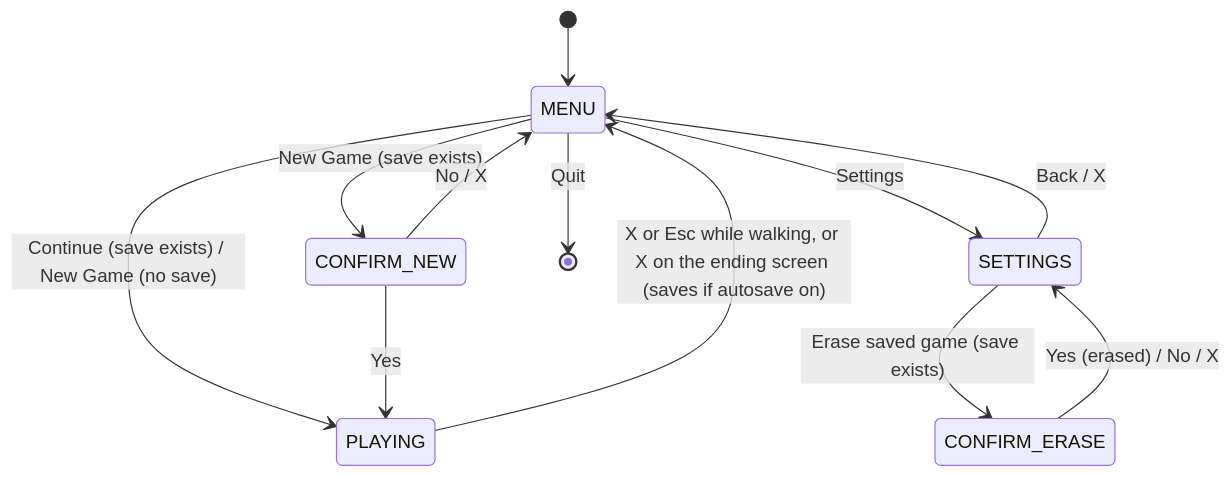
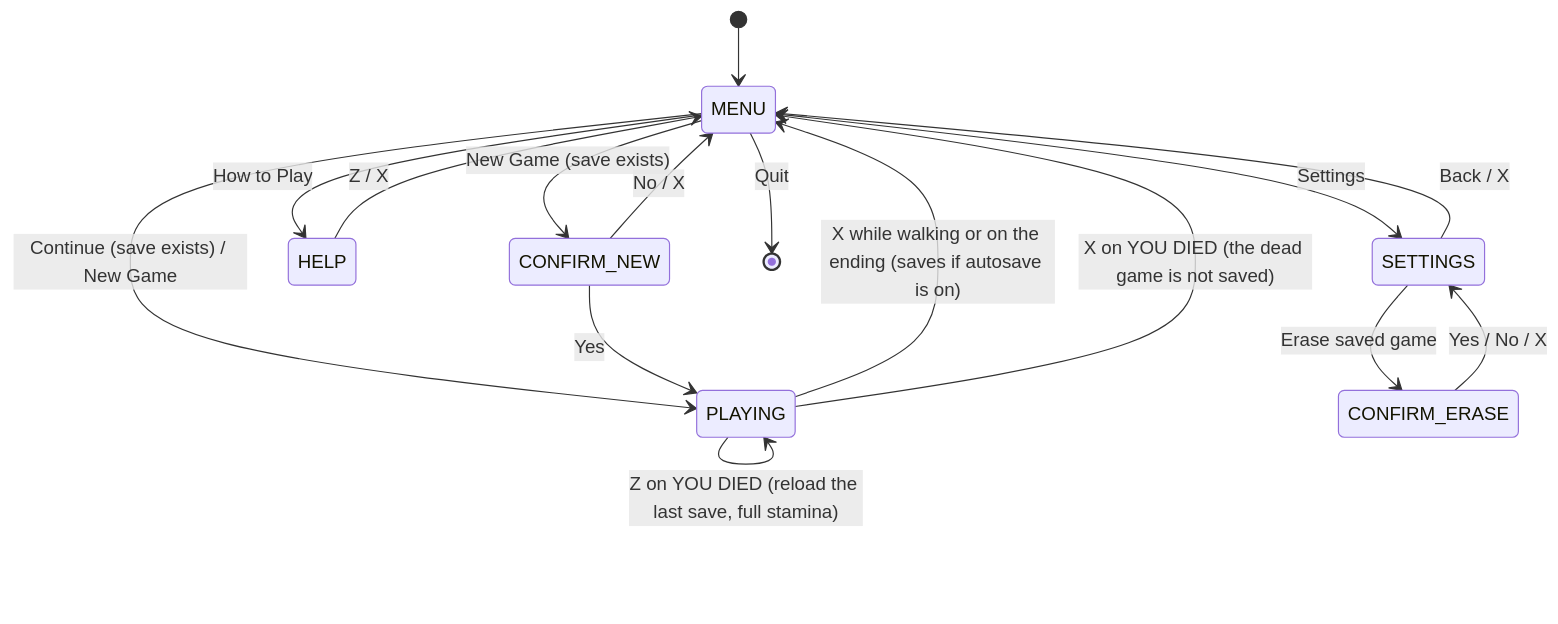
One commit to pgardose/Isla changed the second of 6 diagrams in README.md. Above: the diagram before and after it, drawn with Mermaid. The commit also changed other lines of this file and 25 other files, not shown here.

````diff
--- a/README.md
+++ b/README.md
@@ -262,14 +256,18 @@
 ```mermaid
 stateDiagram-v2
   [*] --> MENU
-  MENU --> PLAYING: Continue (save exists) / New Game (no save)
+  MENU --> PLAYING: Continue (save exists) / New Game
   MENU --> CONFIRM_NEW: New Game (save exists)
   CONFIRM_NEW --> PLAYING: Yes
   CONFIRM_NEW --> MENU: No / X
+  MENU --> HELP: How to Play
+  HELP --> MENU: Z / X
   MENU --> SETTINGS: Settings
-  SETTINGS --> CONFIRM_ERASE: Erase saved game (save exists)
-  CONFIRM_ERASE --> SETTINGS: Yes (erased) / No / X
+  SETTINGS --> CONFIRM_ERASE: Erase saved game
+  CONFIRM_ERASE --> SETTINGS: Yes / No / X
   SETTINGS --> MENU: Back / X
-  PLAYING --> MENU: X or Esc while walking, or X on the ending screen (saves if autosave on)
+  PLAYING --> MENU: X while walking or on the ending (saves if autosave is on)
+  PLAYING --> PLAYING: Z on YOU DIED (reload the last save, full stamina)
+  PLAYING --> MENU: X on YOU DIED (the dead game is not saved)
   MENU --> [*]: Quit
 ```
````
